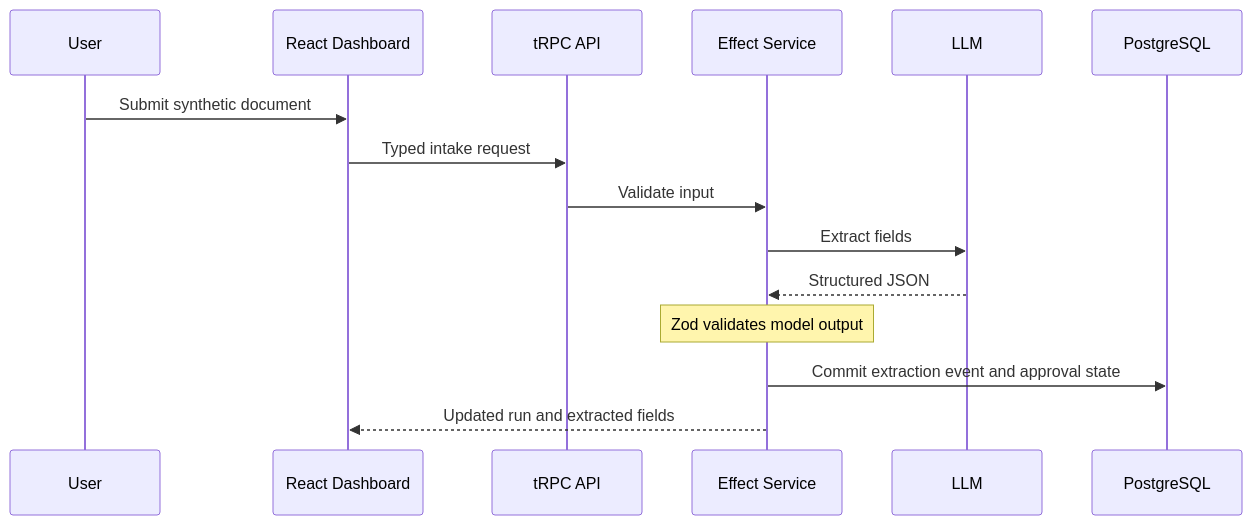
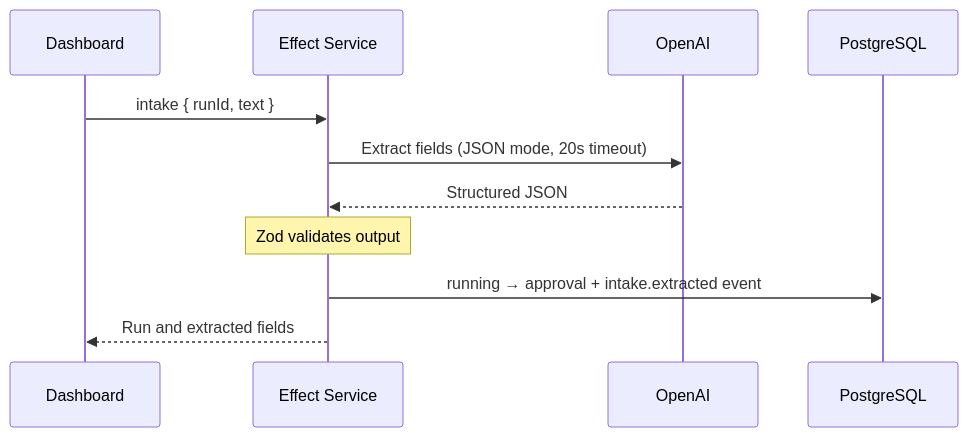
One commit to FarnazNK/FlowState changed the third of 3 diagrams in README.md. Above: the diagram before and after it, drawn with Mermaid. The commit also changed other lines of this file, not shown here.

````diff
--- a/README.md
+++ b/README.md
@@ -76,17 +76,13 @@
 ```mermaid
 sequenceDiagram
-  participant U as User
-  participant UI as React Dashboard
-  participant API as tRPC API
+  participant UI as Dashboard
   participant S as Effect Service
-  participant L as LLM
+  participant L as OpenAI
   participant DB as PostgreSQL
-  U->>UI: Submit synthetic document
-  UI->>API: Typed intake request
-  API->>S: Validate input
-  S->>L: Extract fields
+  UI->>S: intake { runId, text }
+  S->>L: Extract fields (JSON mode, 20s timeout)
   L-->>S: Structured JSON
-  Note over S: Zod validates model output
-  S->>DB: Commit extraction event and approval state
-  S-->>UI: Updated run and extracted fields
+  Note over S: Zod validates output
+  S->>DB: running → approval + intake.extracted event
+  S-->>UI: Run and extracted fields
 ```
````
